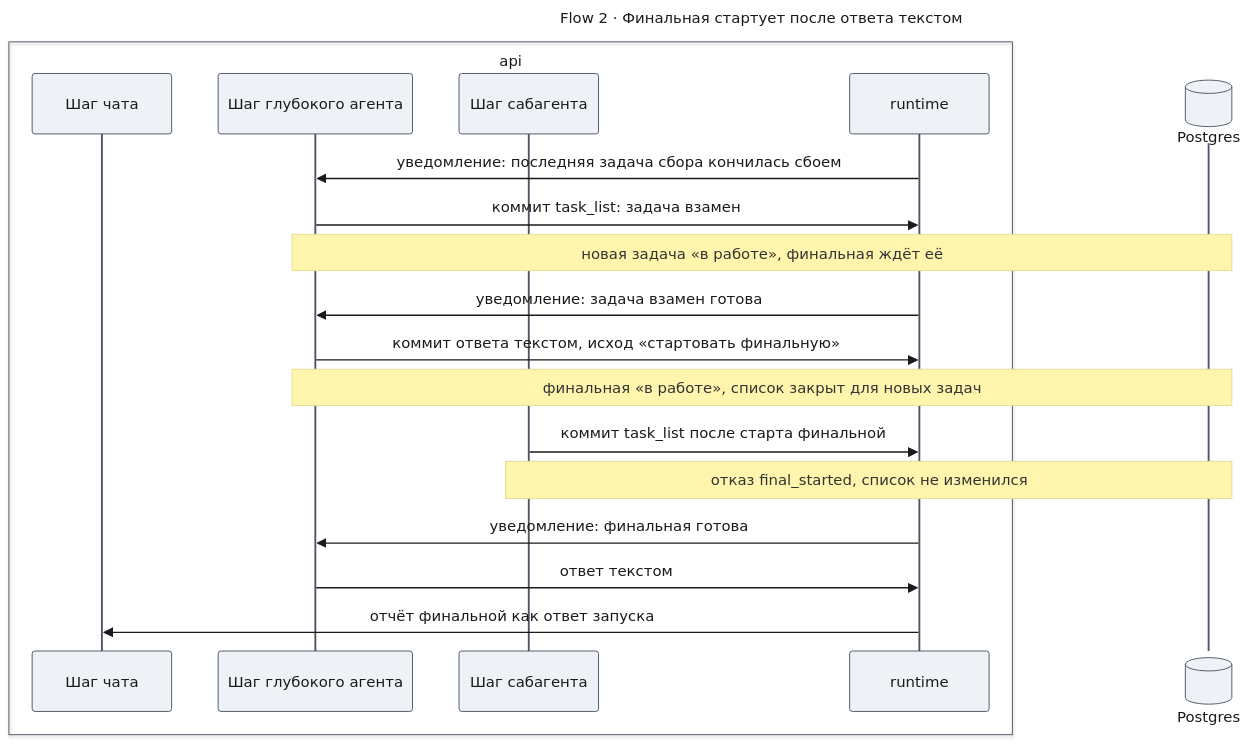
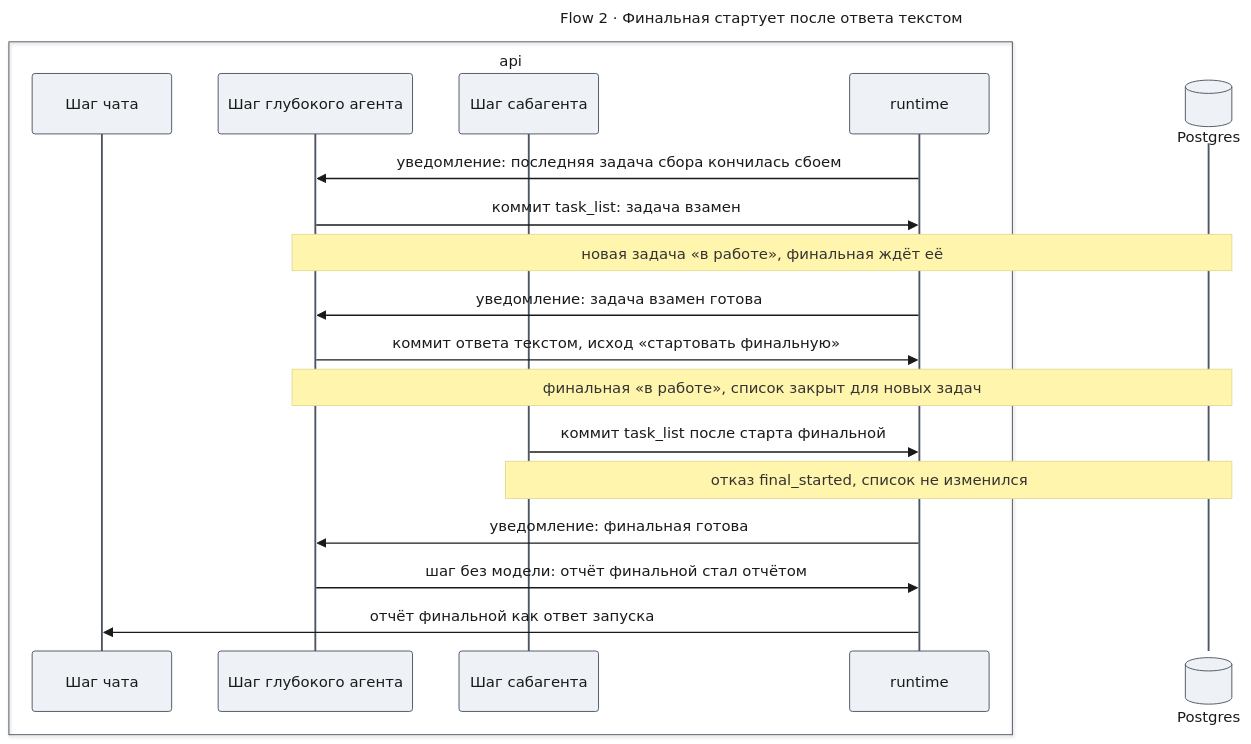
Before and after one commit to tundraray/agent-os: the third of 5 diagrams in docs/features/deep-agents/design-tasks.md, drawn with Mermaid. The commit also changed other lines of this file and 1 other file, not shown here.

Commit message:
docs(deep-agents): start tasks without the lead's model call, drop the brief flow

````diff
--- a/docs/features/deep-agents/design-tasks.md
+++ b/docs/features/deep-agents/design-tasks.md
@@ -318,43 +330,43 @@
 ```mermaid
 ---
 title: "Flow 2 · Финальная стартует после ответа текстом"
 config:
   theme: base
   look: classic
   themeVariables:
     primaryColor: "#eef1f5"
     primaryBorderColor: "#4b5563"
     primaryTextColor: "#1a1a1a"
     lineColor: "#6b7280"
   themeCSS: |
     @keyframes lit_t2{0%,11.25%{stroke:#991b1b;stroke-width:6px}12.5%,100%{stroke:#37474f;stroke-width:2px}}
     @keyframes litr_t2{0%,11.25%{stroke:#1d4ed8;stroke-width:6px}12.5%,100%{stroke:#37474f;stroke-width:2px}}
     .messageLine0[data-id='i0'],.messageLine1[data-id='i0']{animation:lit_t2 9.6s linear 0s infinite}
     .messageLine0[data-id='i1'],.messageLine1[data-id='i1']{animation:lit_t2 9.6s linear 1.2s infinite}
     .messageLine0[data-id='i3'],.messageLine1[data-id='i3']{animation:lit_t2 9.6s linear 2.4s infinite}
     .messageLine0[data-id='i4'],.messageLine1[data-id='i4']{animation:lit_t2 9.6s linear 3.6s infinite}
     .messageLine0[data-id='i6'],.messageLine1[data-id='i6']{animation:lit_t2 9.6s linear 4.8s infinite}
     .messageLine0[data-id='i8'],.messageLine1[data-id='i8']{animation:lit_t2 9.6s linear 6s infinite}
     .messageLine0[data-id='i9'],.messageLine1[data-id='i9']{animation:lit_t2 9.6s linear 7.2s infinite}
     .messageLine0[data-id='i10'],.messageLine1[data-id='i10']{animation:litr_t2 9.6s linear 8.4s infinite}
 ---
 sequenceDiagram
     box api
     participant C as Шаг чата
     participant D as Шаг глубокого агента
     participant S as Шаг сабагента
     participant R as runtime
     end
     participant DB@{ "type": "database" } as Postgres
     R->>D: уведомление: последняя задача сбора кончилась сбоем
     D->>R: коммит task_list: задача взамен
     Note over D,DB: новая задача «в работе», финальная ждёт её
     R->>D: уведомление: задача взамен готова
     D->>R: коммит ответа текстом, исход «стартовать финальную»
     Note over D,DB: финальная «в работе», список закрыт для новых задач
     S->>R: коммит task_list после старта финальной
     Note over S,DB: отказ final_started, список не изменился
     R->>D: уведомление: финальная готова
-    D->>R: ответ текстом
+    D->>R: шаг без модели: отчёт финальной стал отчётом
     R->>C: отчёт финальной как ответ запуска
 ```
````
